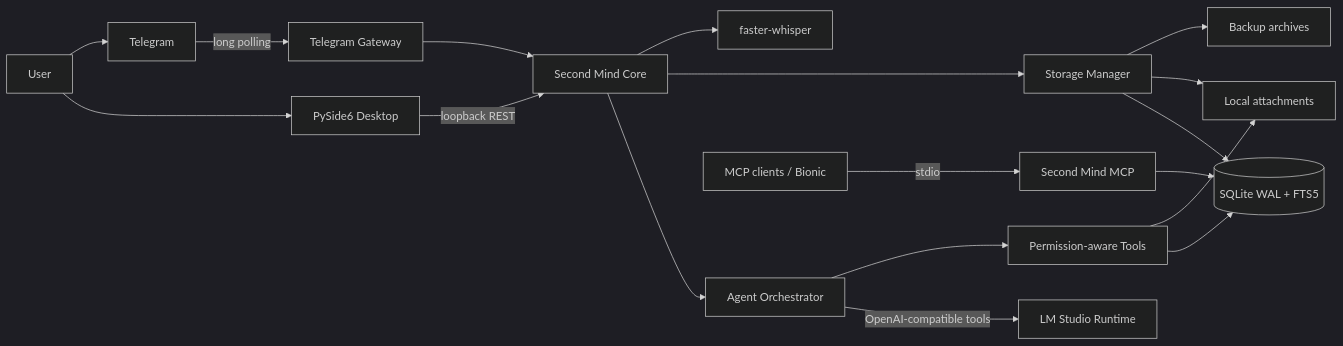
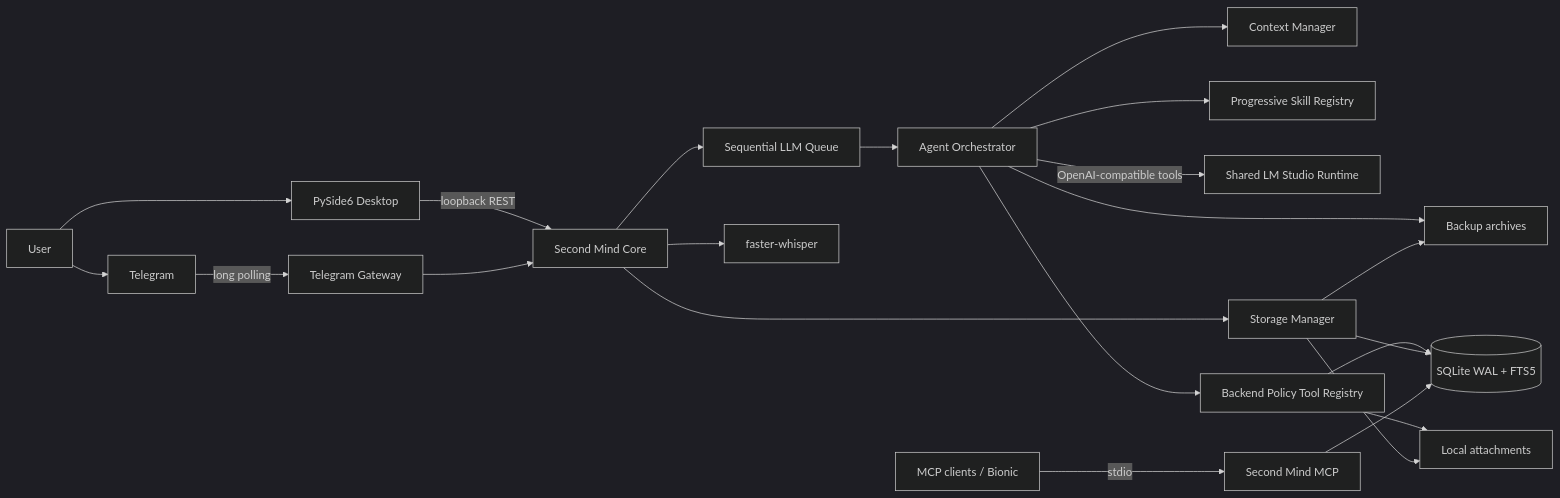
One commit to markKikhtenko/second-mind changed the first of 2 diagrams in docs/architecture.md. Above: the diagram before and after it, drawn with Mermaid (dark theme). The commit also changed other lines of this file and 62 other files, not shown here.

````diff
--- a/docs/architecture.md
+++ b/docs/architecture.md
@@ -5,20 +5,24 @@
 ```mermaid
 flowchart LR
   U[User] --> D[PySide6 Desktop]
   U --> T[Telegram]
   D -->|loopback REST| C[Second Mind Core]
   T -->|long polling| G[Telegram Gateway]
   G --> C
-  C --> O[Agent Orchestrator]
-  O -->|OpenAI-compatible tools| L[LM Studio Runtime]
-  O --> R[Permission-aware Tools]
+  C --> Q[Sequential LLM Queue]
+  Q --> O[Agent Orchestrator]
+  O --> A[Persistent Agent Registry]
+  O --> K[Context Manager]
+  O --> X[Progressive Skill Registry]
+  O -->|OpenAI-compatible tools| L[Shared LM Studio Runtime]
+  O --> R[Backend Policy Tool Registry]
   R --> S[(SQLite WAL + FTS5)]
   R --> F[Local attachments]
   C --> B[Storage Manager]
   B --> S
   B --> F
   B --> A[Backup archives]
   C --> W[faster-whisper]
   M[MCP clients / Bionic] -->|stdio| P[Second Mind MCP]
   P --> S
 ```
````
